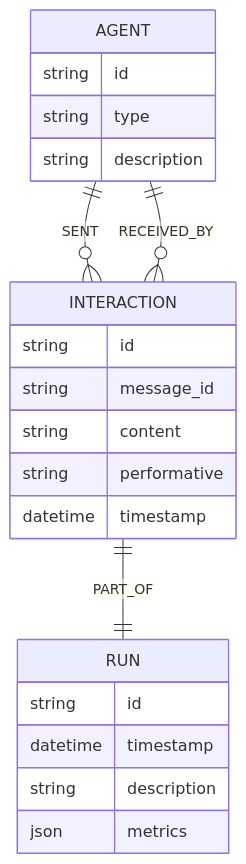
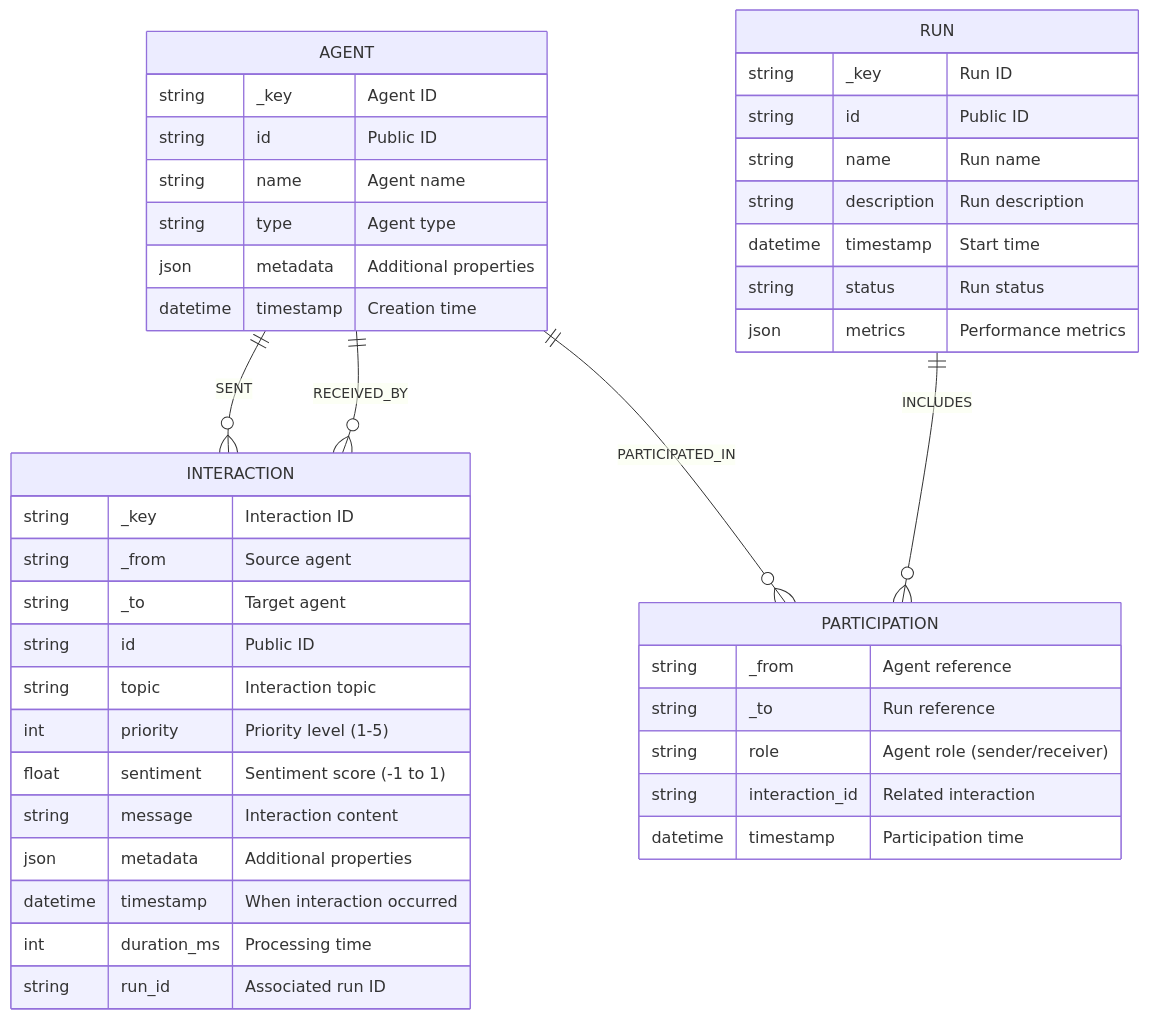
Before and after one commit to JtPerez-Acle/NeuroSpark: the fifth of 6 diagrams in README.md, drawn with Mermaid. The commit also changed other lines of this file and 45 other files, not shown here.

````diff
--- a/README.md
+++ b/README.md
@@ -252,27 +385,49 @@
 ```mermaid
 erDiagram
     AGENT ||--o{ INTERACTION : "SENT"
     AGENT ||--o{ INTERACTION : "RECEIVED_BY"
-    INTERACTION ||--|| RUN : "PART_OF"
+    AGENT ||--o{ PARTICIPATION : "PARTICIPATED_IN"
+    RUN ||--o{ PARTICIPATION : "INCLUDES"
     
     AGENT {
-        string id
-        string type
-        string description
+        string _key "Agent ID"
+        string id "Public ID"
+        string name "Agent name"
+        string type "Agent type"
+        json metadata "Additional properties"
+        datetime timestamp "Creation time"
     }
     
     INTERACTION {
-        string id
-        string message_id
-        string content
-        string performative
-        datetime timestamp
+        string _key "Interaction ID"
+        string _from "Source agent"
+        string _to "Target agent"
+        string id "Public ID"
+        string topic "Interaction topic"
+        int priority "Priority level (1-5)"
+        float sentiment "Sentiment score (-1 to 1)"
+        string message "Interaction content"
+        json metadata "Additional properties"
+        datetime timestamp "When interaction occurred"
+        int duration_ms "Processing time"
+        string run_id "Associated run ID"
     }
     
     RUN {
-        string id
-        datetime timestamp
-        string description
-        json metrics
+        string _key "Run ID"
+        string id "Public ID"
+        string name "Run name"
+        string description "Run description"
+        datetime timestamp "Start time"
+        string status "Run status"
+        json metrics "Performance metrics"
+    }
+    
+    PARTICIPATION {
+        string _from "Agent reference"
+        string _to "Run reference"
+        string role "Agent role (sender/receiver)"
+        string interaction_id "Related interaction"
+        datetime timestamp "Participation time"
     }
 ```
````
